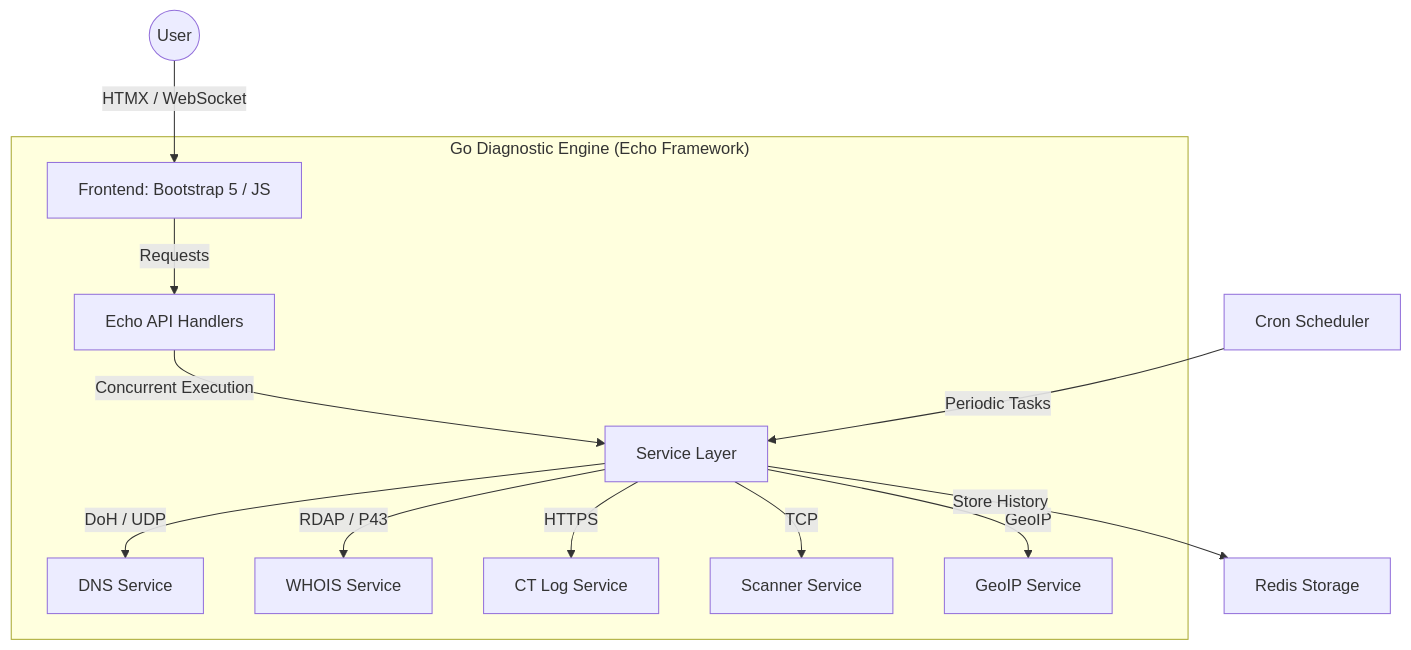
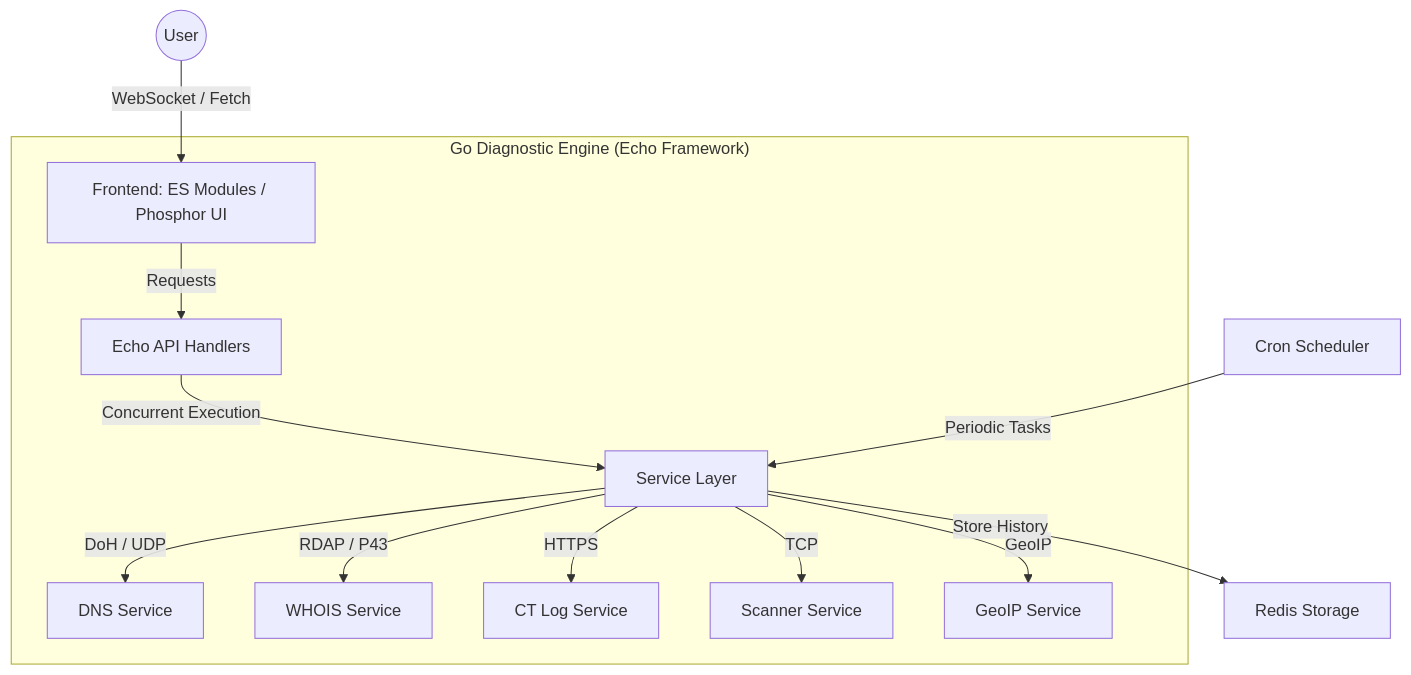
The diagram in README.md (arumes31/whois), drawn with Mermaid before and after one commit. The commit also changed other lines of this file, not shown here.

Commit message:
docs: update stack references for phosphor frontend

````diff
--- a/README.md
+++ b/README.md
@@ -26,15 +26,15 @@
 ```mermaid
 graph TD
-    User((User)) -->|HTMX / WebSocket| FE[Frontend: Bootstrap 5 / JS]
+    User((User)) -->|WebSocket / Fetch| FE[Frontend: ES Modules / Phosphor UI]
     subgraph "Go Diagnostic Engine (Echo Framework)"
         FE -->|Requests| Handler[Echo API Handlers]
         Handler -->|Concurrent Execution| Svc[Service Layer]
         Svc -->|DoH / UDP| DNS[DNS Service]
         Svc -->|RDAP / P43| WHOIS[WHOIS Service]
         Svc -->|HTTPS| CT[CT Log Service]
         Svc -->|TCP| Scan[Scanner Service]
         Svc -->|GeoIP| Geo[GeoIP Service]
     end
     Svc -->|Store History| Cache[Redis Storage]
     Scheduler[Cron Scheduler] -->|Periodic Tasks| Svc
 ```
````
